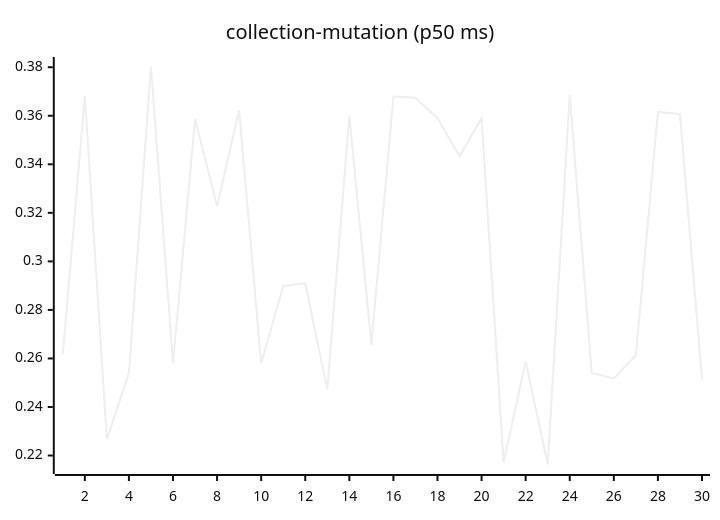
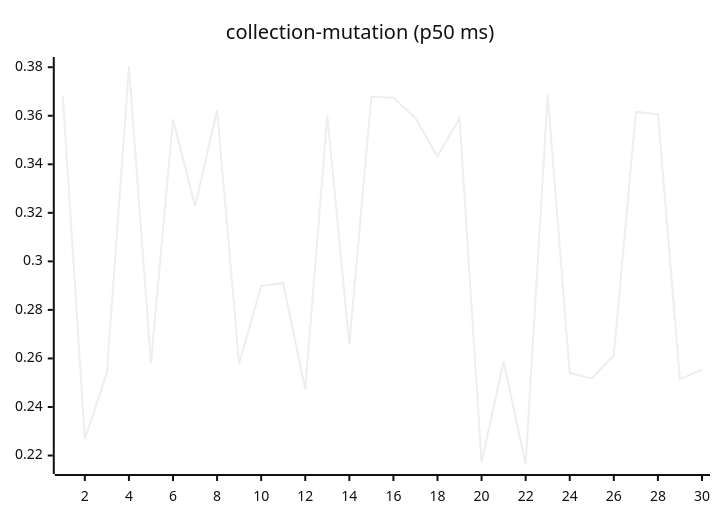
One commit to josha/Facet changed the sixth of 27 diagrams in README.md. Above: the diagram before and after it, drawn with Mermaid (neutral theme). The commit also changed other lines of this file and 2 other files, not shown here.

````diff
--- a/README.md
+++ b/README.md
@@ -98,6 +98,6 @@
 ```mermaid
 xychart-beta
     title "collection-mutation (p50 ms)"
     x-axis 1 --> 30
-    line [0.2617, 0.3682, 0.2267, 0.2541, 0.3803, 0.2581, 0.3586, 0.3228, 0.3623, 0.2579, 0.2898, 0.2910, 0.2472, 0.3601, 0.2657, 0.3679, 0.3674, 0.3590, 0.3433, 0.3590, 0.2171, 0.2588, 0.2163, 0.3686, 0.2540, 0.2518, 0.2613, 0.3616, 0.3607, 0.2514]
+    line [0.3682, 0.2267, 0.2541, 0.3803, 0.2581, 0.3586, 0.3228, 0.3623, 0.2579, 0.2898, 0.2910, 0.2472, 0.3601, 0.2657, 0.3679, 0.3674, 0.3590, 0.3433, 0.3590, 0.2171, 0.2588, 0.2163, 0.3686, 0.2540, 0.2518, 0.2613, 0.3616, 0.3607, 0.2514, 0.2555]
 ```
````
